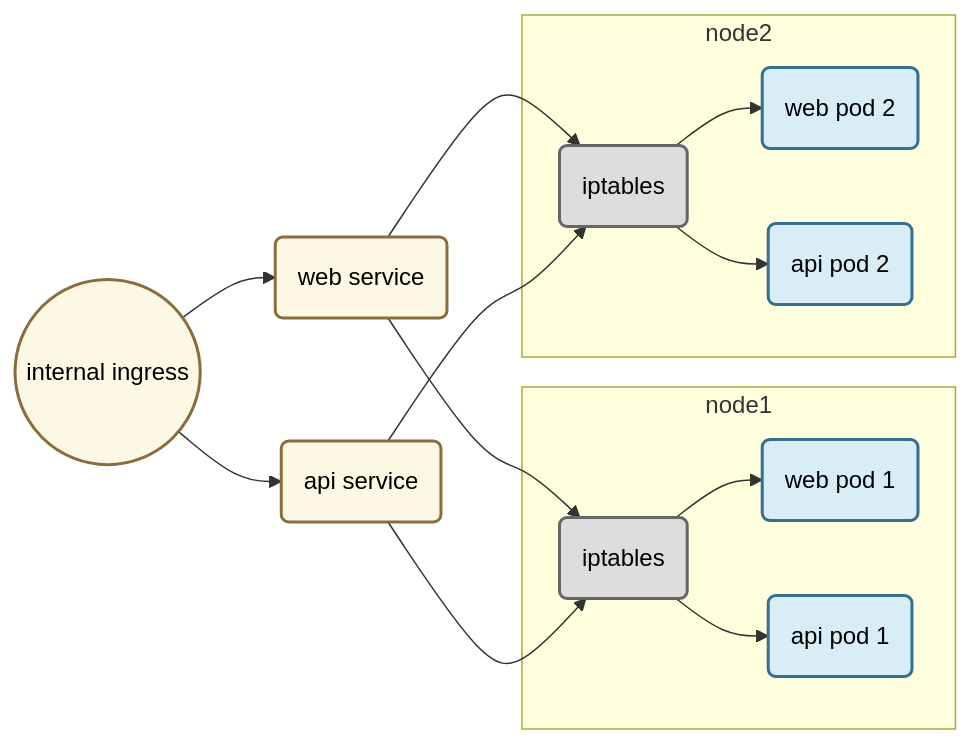
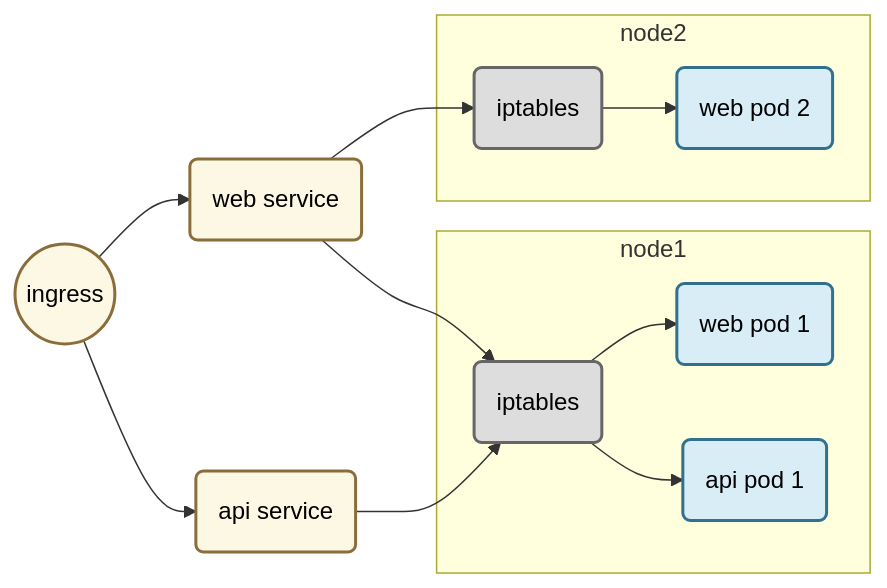
The second of 3 diagrams in content/posts/k8s/ingress/index.md (Ben199810/ben199810.github.io), drawn with Mermaid before and after one commit. The commit also changed other lines of this file, not shown here.

Commit message:
pref: k8s ingress 調整 mermaid 圖表

```diff
--- a/content/posts/k8s/ingress/index.md
+++ b/content/posts/k8s/ingress/index.md
@@ -172,34 +166,37 @@
 {{< mermaid >}}
 flowchart LR
 
 classDef green fill:#dff0d8,stroke:#3c763d,stroke-width:2px,color:#000
 classDef blue fill:#d9edf7,stroke:#31708f,stroke-width:2px,color:#000
 classDef yellow fill:#fcf8e3,stroke:#8a6d3b,stroke-width:2px,color:#000
 classDef red fill:#f2dede,stroke:#a94442,stroke-width:2px,color:#000
 classDef gray fill:#ddd,stroke:#666,stroke-width:2px,color:#000
 
 subgraph node1
 podweb1(web pod 1):::blue
 podapi1(api pod 1):::blue
 iptable1(iptables):::gray
 end
 subgraph node2
 podweb2(web pod 2):::blue
-podapi2(api pod 2):::blue
+
 iptable2(iptables):::gray
 end
 
 svcweb(web service):::yellow
 svcapi(api service):::yellow
 
-ing((internal ingress)):::yellow
+ing((ingress)):::yellow
 
 ing --> svcweb
 ing --> svcapi
 
-svcweb --> iptable1 --> podweb1
-svcweb --> iptable2 --> podweb2
-svcapi --> iptable1 --> podapi1
-svcapi --> iptable2 --> podapi2
+svcweb --> iptable1
+svcweb --> iptable2
+svcapi --> iptable1
+
+iptable1 --> podweb1
+iptable1 --> podapi1
+iptable2 --> podweb2
 
 {{< /mermaid >}}
```
